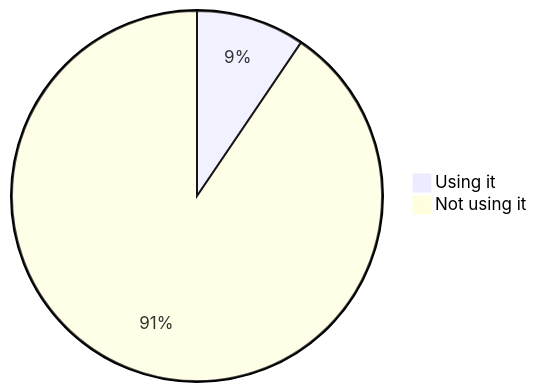
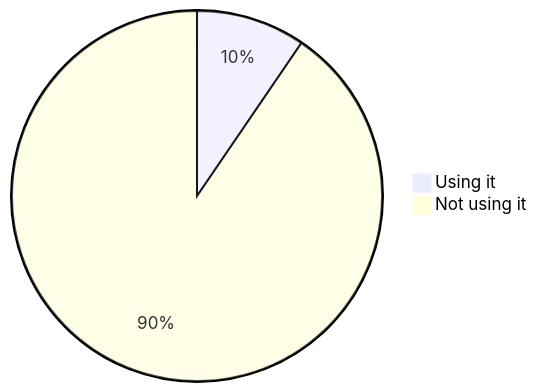
One commit to oshp/oshp-stats changed diagram 13 of 22 in stats.md. Above: the diagram before and after it, drawn with Mermaid. The commit also changed other lines of this file, not shown here.

````diff
--- a/stats.md
+++ b/stats.md
@@ -154,6 +154,6 @@
 ```mermaid
 pie
-	"Using it" : 9.48
-	"Not using it" : 90.52
+	"Using it" : 9.53
+	"Not using it" : 90.47
 
 ```
````
